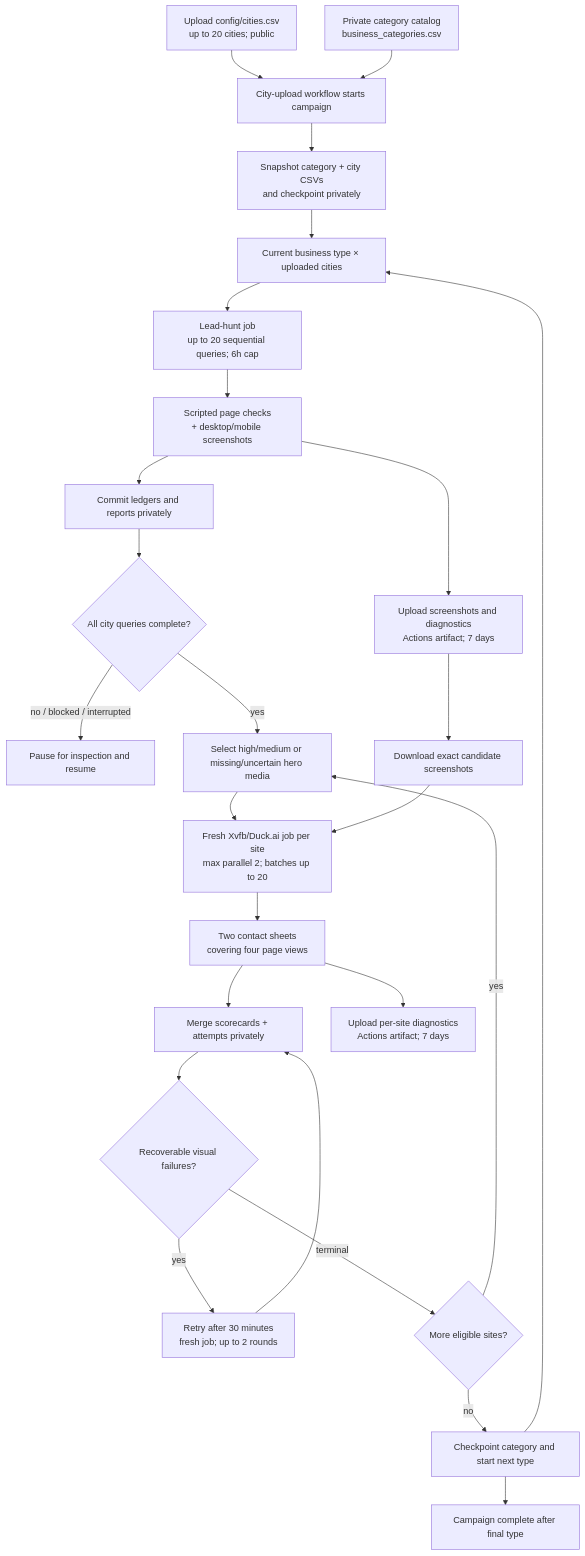
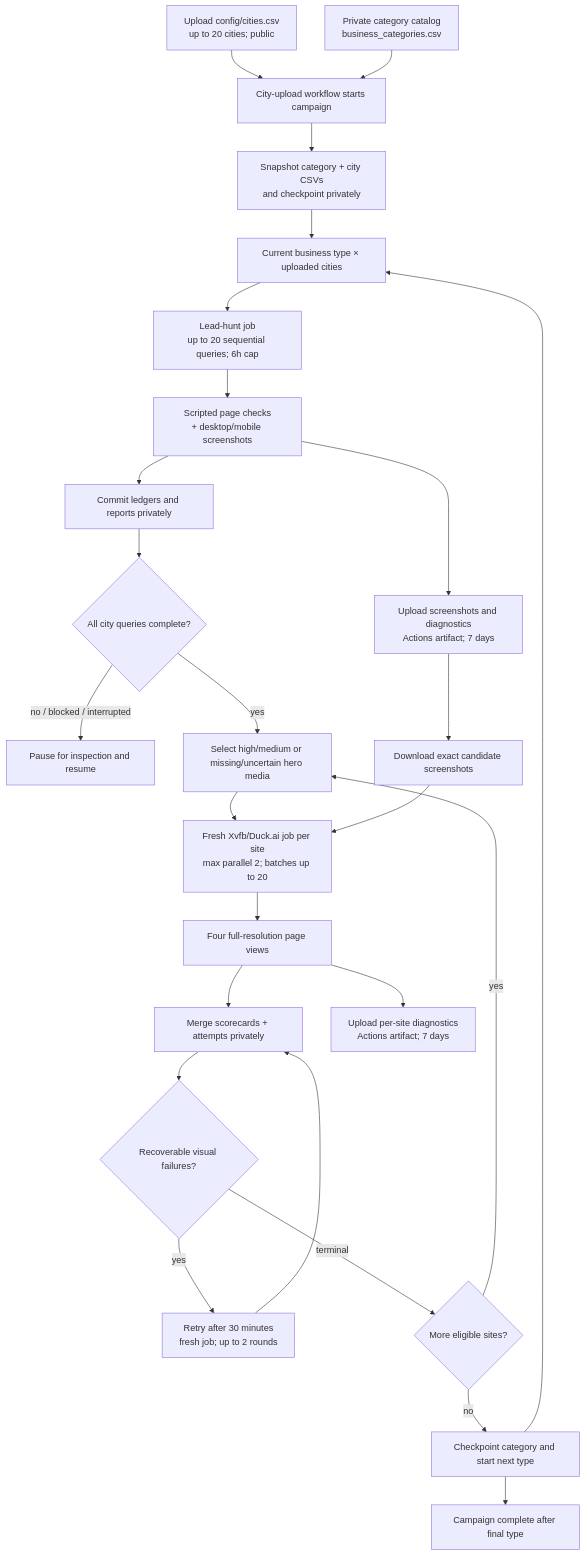
The diagram in README.md (hometownredesignsites/website-lead-hunting), drawn with Mermaid before and after one commit. The commit also changed other lines of this file and 4 other files, not shown here.

Commit message:
Send full-resolution images for Duck visual reviews

````diff
--- a/README.md
+++ b/README.md
@@ -32,28 +32,28 @@
 ```mermaid
 flowchart TD
     A[Upload config/cities.csv<br/>up to 20 cities; public] --> B[City-upload workflow starts campaign]
     C[Private category catalog<br/>business_categories.csv] --> B
     B --> D[Snapshot category + city CSVs<br/>and checkpoint privately]
     D --> E[Current business type × uploaded cities]
     E --> F[Lead-hunt job<br/>up to 20 sequential queries; 6h cap]
     F --> G[Scripted page checks<br/>+ desktop/mobile screenshots]
     G --> H[Commit ledgers and reports privately]
     G --> I[Upload screenshots and diagnostics<br/>Actions artifact; 7 days]
     H --> J{All city queries complete?}
     J -- no / blocked / interrupted --> K[Pause for inspection and resume]
     J -- yes --> L[Select high/medium or missing/uncertain hero media]
     I --> M[Download exact candidate screenshots]
     L --> N[Fresh Xvfb/Duck.ai job per site<br/>max parallel 2; batches up to 20]
     M --> N
-    N --> O[Two contact sheets<br/>covering four page views]
+    N --> O[Four full-resolution page views]
     O --> P[Merge scorecards + attempts privately]
     O --> Q[Upload per-site diagnostics<br/>Actions artifact; 7 days]
     P --> R{Recoverable visual failures?}
     R -- yes --> S[Retry after 30 minutes<br/>fresh job; up to 2 rounds]
     S --> P
     R -- terminal --> T{More eligible sites?}
     T -- yes --> L
     T -- no --> U[Checkpoint category and start next type]
     U --> E
     U --> V[Campaign complete after final type]
 ```
````
